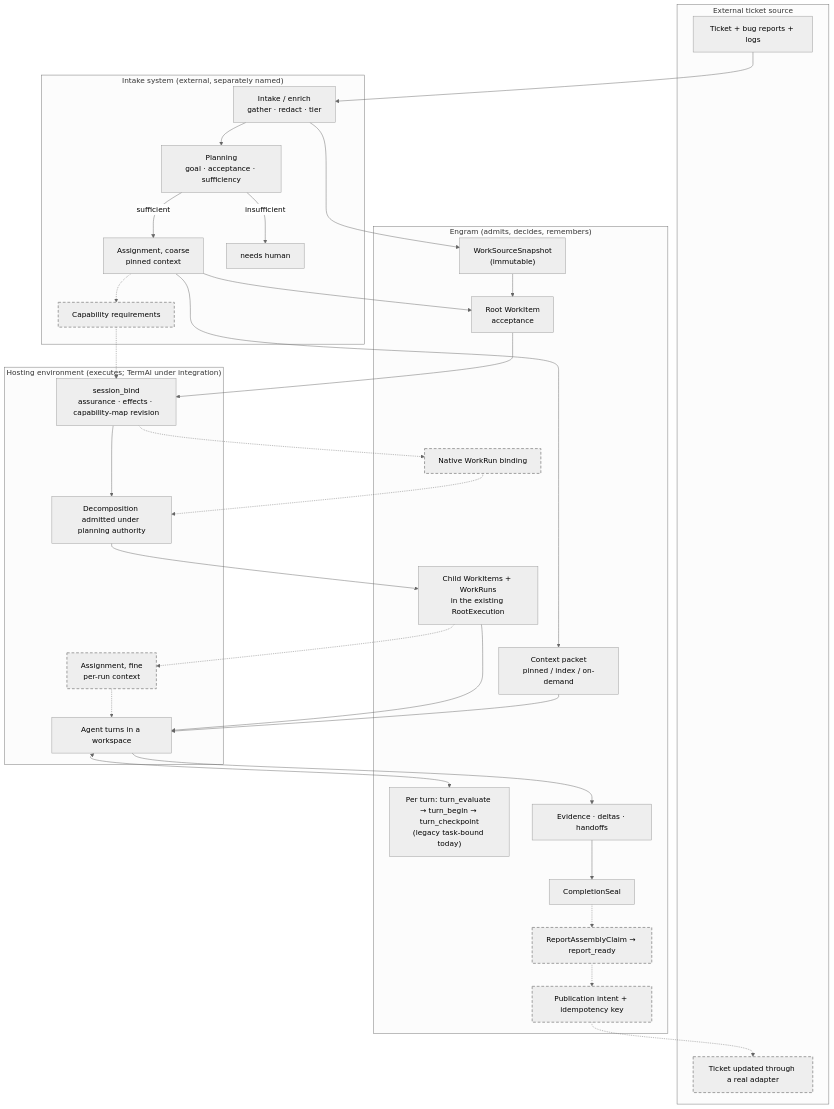
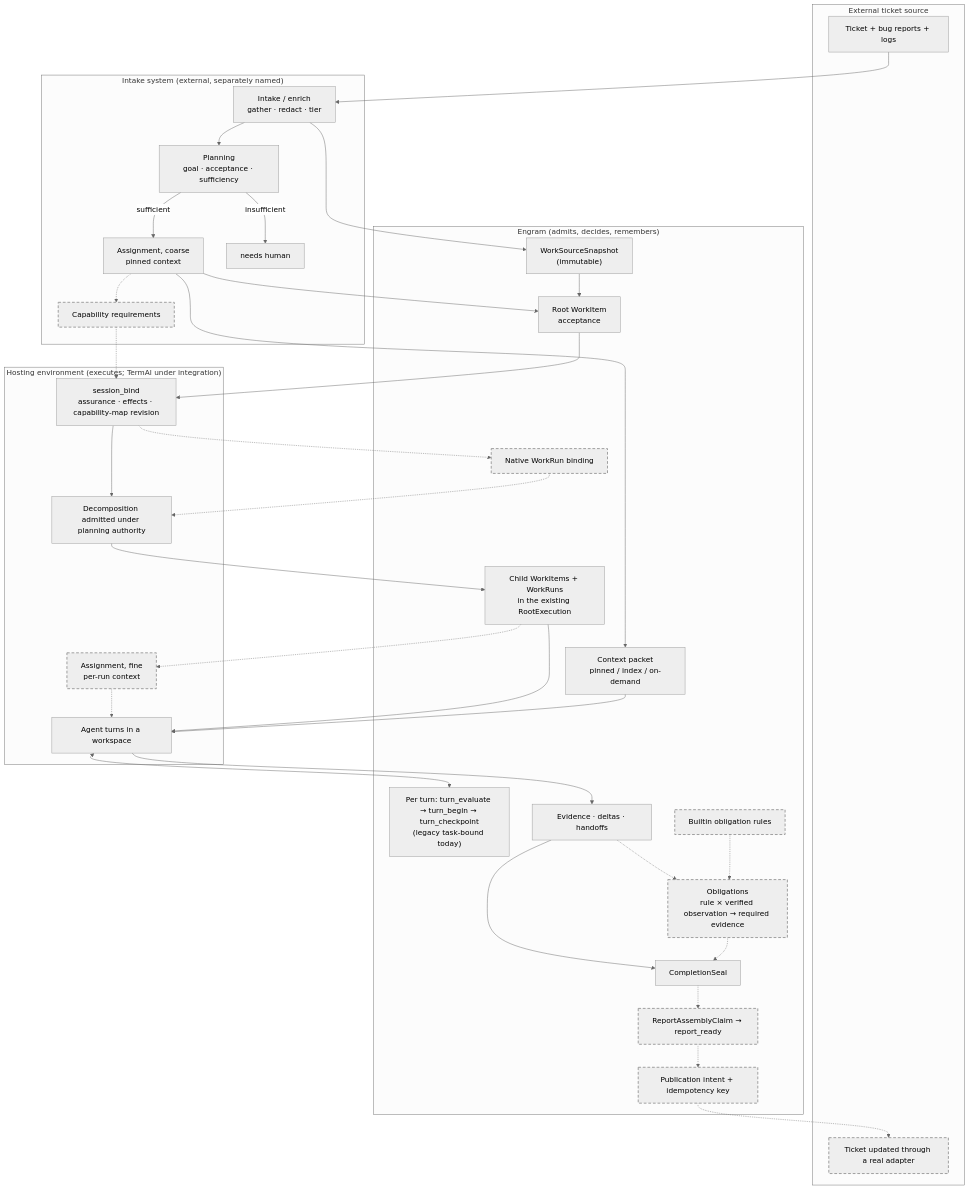
The diagram in docs/features/execution-pipeline.md (grlap/Engram), drawn with Mermaid (neutral theme) before and after one commit. The commit also changed other lines of this file and 1 other file, not shown here.

First line of the commit message:
docs: specify obligations and typed evidence in the execution pipeline

````diff
--- a/docs/features/execution-pipeline.md
+++ b/docs/features/execution-pipeline.md
@@ -74,59 +85,63 @@
 ```mermaid
 flowchart TD
     classDef planned stroke-dasharray: 6 4,stroke-width:2px;
 
     subgraph EXT["External ticket source"]
         T["Ticket + bug reports + logs"]
         R["Ticket updated through a real adapter"]
     end
 
     subgraph UP["Intake system (external, separately named)"]
         I["Intake / enrich<br/>gather · redact · tier"]
         P["Planning<br/>goal · acceptance · sufficiency"]
         A1["Assignment, coarse<br/>pinned context"]
         CR["Capability requirements"]
         H["needs human"]
     end
 
     subgraph EN["Engram (admits, decides, remembers)"]
         S["WorkSourceSnapshot<br/>(immutable)"]
         W["Root WorkItem<br/>acceptance"]
         C["Context packet<br/>pinned / index / on-demand"]
         RE["Child WorkItems + WorkRuns<br/>in the existing RootExecution"]
         CT["Per turn: turn_evaluate → turn_begin → turn_checkpoint<br/>(legacy task-bound today)"]
         WB["Native WorkRun binding"]
         EV["Evidence · deltas · handoffs"]
+        PO["Builtin obligation rules"]
+        OB["Obligations<br/>rule × verified observation → required evidence"]
         SE["CompletionSeal"]
         RA["ReportAssemblyClaim → report_ready"]
         PI["Publication intent + idempotency key"]
     end
 
     subgraph HO["Hosting environment (executes; TermAl under integration)"]
         B["session_bind<br/>assurance · effects · capability-map revision"]
         D["Decomposition admitted under planning authority"]
         A2["Assignment, fine<br/>per-run context"]
         X["Agent turns in a workspace"]
     end
 
     T --> I --> P
     P -- "insufficient" --> H
     P -- "sufficient" --> A1
     A1 -.-> CR
     I --> S
     A1 --> W
     A1 --> C
     S --> W
     W --> B
     CR -.-> B
     B -.-> WB -.-> D
     B --> D --> RE
     RE -.-> A2 -.-> X
     RE --> X
     C --> X
     X <--> CT
     X --> EV
     EV --> SE
+    EV -.-> OB -.-> SE
+    PO -.-> OB
     SE -.-> RA -.-> PI -.-> R
 
-    class CR,WB,A2,RA,PI,R planned
+    class CR,WB,A2,RA,PI,R,OB,PO planned
 ```
````
